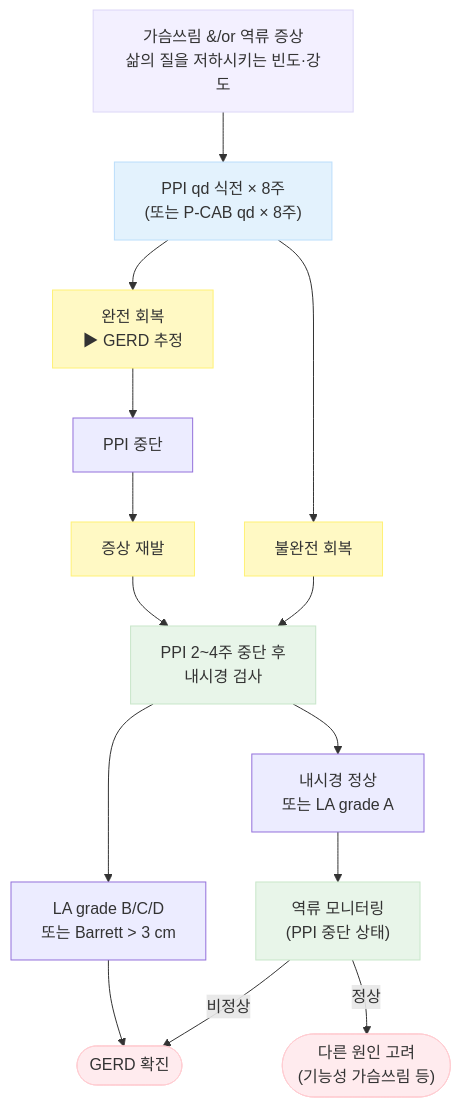
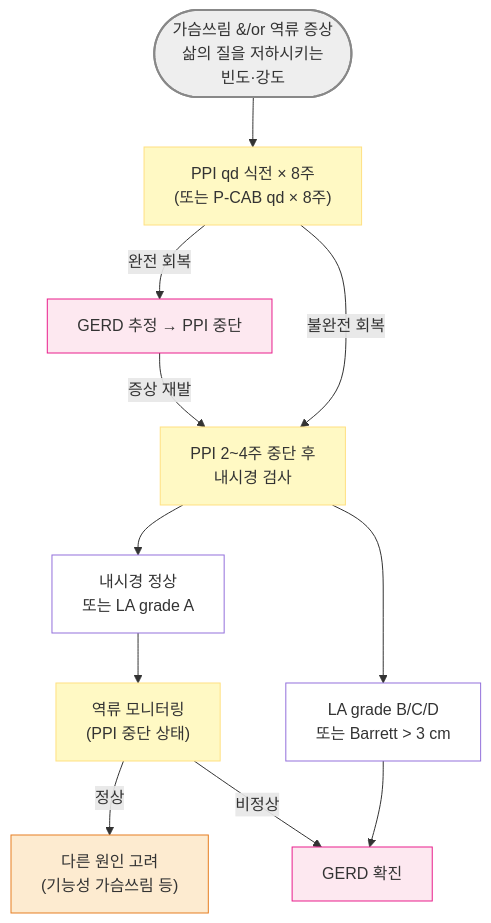
The first of 4 diagrams in 224_/081_-gerd.md (familyoh77/familyoh77), drawn with Mermaid before and after one commit. The commit also changed other lines of this file, not shown here.

Commit message:
GITBOOK-931: No subject

````diff
--- a/224_/081_-gerd.md
+++ b/224_/081_-gerd.md
@@ -176,33 +176,22 @@
 ```mermaid
 graph TD
-    A["가슴쓰림 &/or 역류 증상<br/>삶의 질을 저하시키는 빈도·강도"] --> B["PPI qd 식전 × 8주<br/>(또는 P-CAB qd × 8주)"]
+    A(["가슴쓰림 &/or 역류 증상<br/>삶의 질을 저하시키는 <br/>빈도·강도"]) 
+    --> B["PPI qd 식전 × 8주<br/>(또는 P-CAB qd × 8주)"]
+    B --완전 회복--> C["GERD 추정 → PPI 중단"]
+    C --"증상 재발"--> G["PPI 2~4주 중단 후<br/>내시경 검사"]
+    B --"불완전 회복"--> G
+    G --> I["내시경 정상<br/>또는 LA grade A"]--> K["역류 모니터링<br/>(PPI 중단 상태)"]
+    G --> H["LA grade B/C/D<br/>또는 Barrett > 3 cm"]--> J["GERD 확진"]
+    K -- "정상" --> L["다른 원인 고려<br/>(기능성 가슴쓰림 등)"]
+    K -- "비정상" --> J
+style A fill:#eeeeee,stroke:#888888,stroke-width:2px
+    classDef pink fill:#fde8f0,stroke:#e91e8c
+class J,C pink
+    classDef yellow fill:#fff9c4,stroke:#ffe082
+class K,G,B yellow
+    classDef orange fill:#fdebd0,stroke:#e67e22
+class L orange
+    classDef white fill:#fff
+class H,I white
 
-    B --> C["완전 회복<br/>▶ GERD 추정"]
-    B --> D["불완전 회복"]
-
-    C --> E["PPI 중단"]
-    E --> F["증상 재발"]
-
-    F --> G["PPI 2~4주 중단 후<br/>내시경 검사"]
-    D --> G
-
-    G --> H["LA grade B/C/D<br/>또는 Barrett > 3 cm"]
-    G --> I["내시경 정상<br/>또는 LA grade A"]
-
-    H --> J(["GERD 확진"])
-
-    I --> K["역류 모니터링<br/>(PPI 중단 상태)"]
-
-    K -- "비정상" --> J
-    K -- "정상" --> L(["다른 원인 고려<br/>(기능성 가슴쓰림 등)"])
-
-    style A fill:#f3f0ff,stroke:#dcd6f7
-    style B fill:#e3f2fd,stroke:#bbdefb
-    style C fill:#fff9c4,stroke:#fff176
-    style D fill:#fff9c4,stroke:#fff176
-    style F fill:#fff9c4,stroke:#fff176
-    style G fill:#e8f5e9,stroke:#c8e6c9
-    style K fill:#e8f5e9,stroke:#c8e6c9
-    style J fill:#ffebee,stroke:#ffcdd2
-    style L fill:#ffebee,stroke:#ffcdd2
 ```
````
